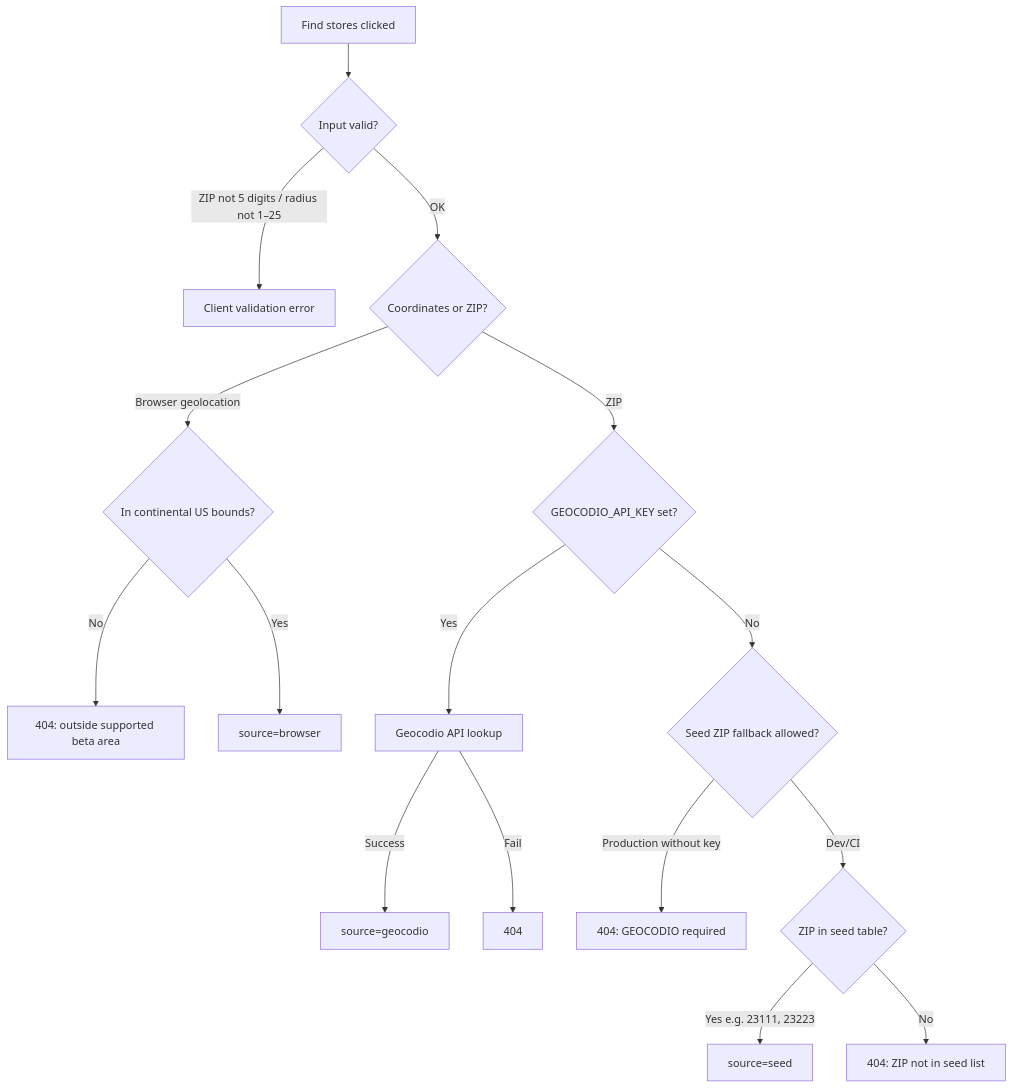
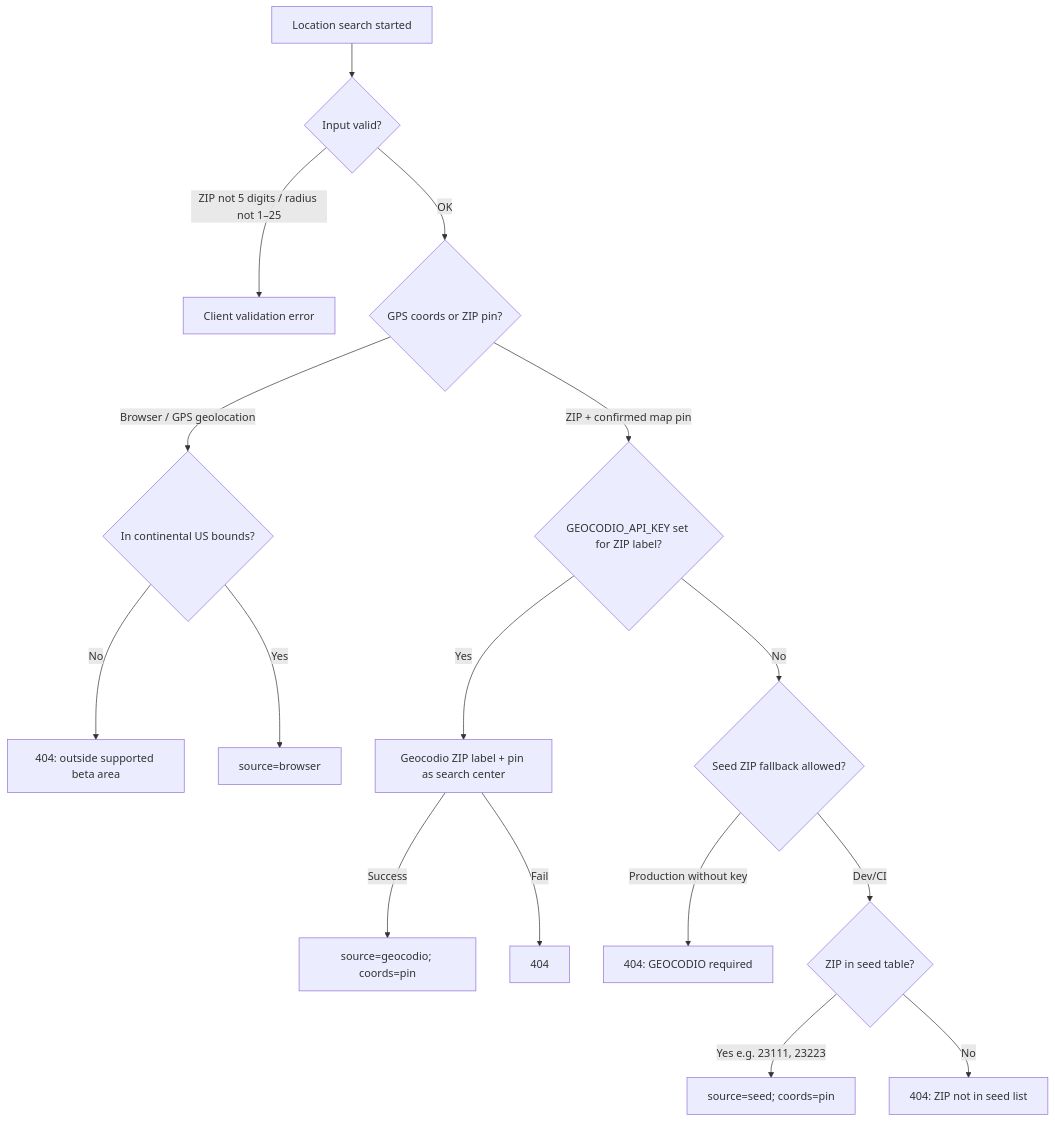
Before and after one commit to sfh1980/Yum4Less: the second of 10 diagrams in docs/application-decision-trees.md, drawn with Mermaid. The commit also changed other lines of this file and 29 other files, not shown here.

First line of the commit message:
feat(settings): ZIP map center-pin picker and GPS-first CTAs

````diff
--- a/docs/application-decision-trees.md
+++ b/docs/application-decision-trees.md
@@ -52,21 +54,21 @@
 ```mermaid
 flowchart TD
-  A[Find stores clicked] --> B{Input valid?}
+  A[Location search started] --> B{Input valid?}
   B -->|ZIP not 5 digits / radius not 1–25| C[Client validation error]
-  B -->|OK| D{Coordinates or ZIP?}
+  B -->|OK| D{GPS coords or ZIP pin?}
 
-  D -->|Browser geolocation| E{In continental US bounds?}
+  D -->|Browser / GPS geolocation| E{In continental US bounds?}
   E -->|No| F[404: outside supported beta area]
   E -->|Yes| G[source=browser]
 
-  D -->|ZIP| H{GEOCODIO_API_KEY set?}
-  H -->|Yes| I[Geocodio API lookup]
-  I -->|Success| J[source=geocodio]
+  D -->|ZIP + confirmed map pin| H{GEOCODIO_API_KEY set for ZIP label?}
+  H -->|Yes| I[Geocodio ZIP label + pin as search center]
+  I -->|Success| J[source=geocodio; coords=pin]
   I -->|Fail| K[404]
 
   H -->|No| L{Seed ZIP fallback allowed?}
   L -->|Production without key| M[404: GEOCODIO required]
   L -->|Dev/CI| N{ZIP in seed table?}
-  N -->|Yes e.g. 23111, 23223| O[source=seed]
+  N -->|Yes e.g. 23111, 23223| O[source=seed; coords=pin]
   N -->|No| P[404: ZIP not in seed list]
 ```
````
